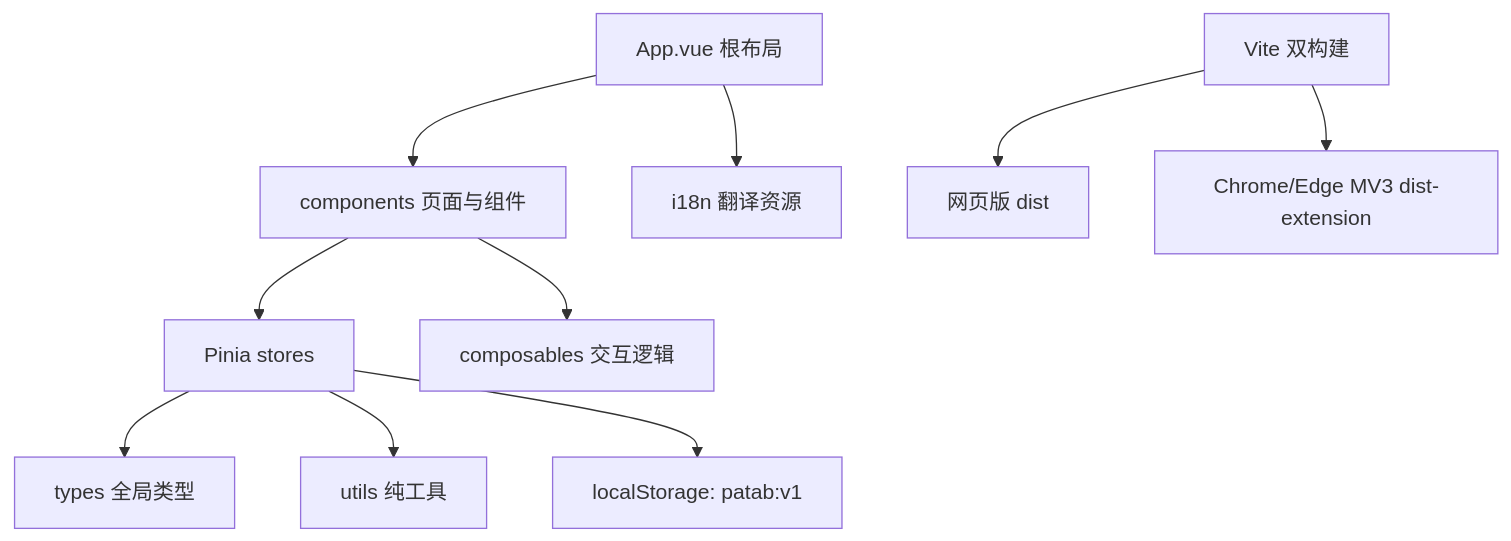
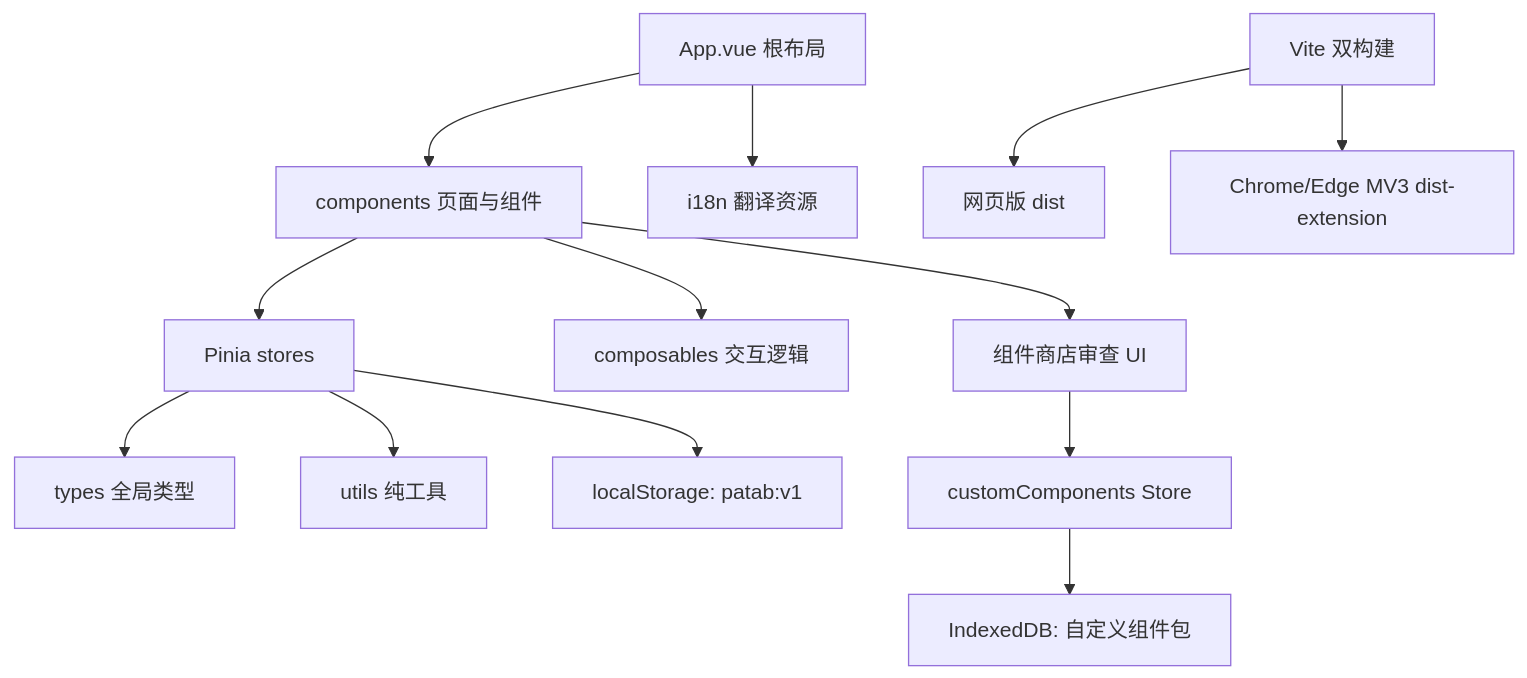
Before and after one commit to yan5236/patab: the diagram in docs/ARCHITECTURE.md, drawn with Mermaid. The commit also changed other lines of this file and 240 other files, not shown here.

````diff
--- a/docs/ARCHITECTURE.md
+++ b/docs/ARCHITECTURE.md
@@ -5,12 +5,15 @@
 ```mermaid
 flowchart TD
   App["App.vue 根布局"] --> Components["components 页面与组件"]
   App --> I18n["i18n 翻译资源"]
   Components --> Stores["Pinia stores"]
   Components --> Composables["composables 交互逻辑"]
   Stores --> Types["types 全局类型"]
   Stores --> Utils["utils 纯工具"]
   Stores --> Storage["localStorage: patab:v1"]
+  Components --> ComponentStore["组件商店审查 UI"]
+  ComponentStore --> ComponentStoreState["customComponents Store"]
+  ComponentStoreState --> ComponentRepository["IndexedDB: 自定义组件包"]
   Build["Vite 双构建"] --> Web["网页版 dist"]
   Build --> Extension["Chrome/Edge MV3 dist-extension"]
 ```
````
